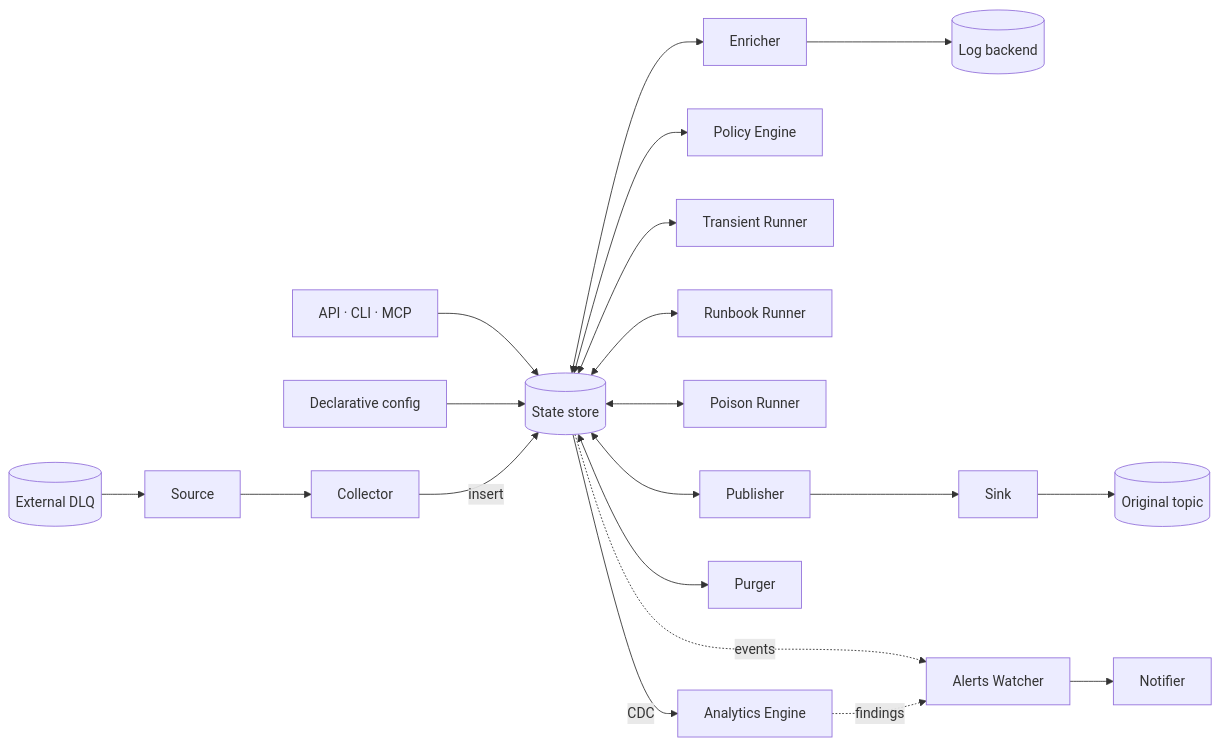
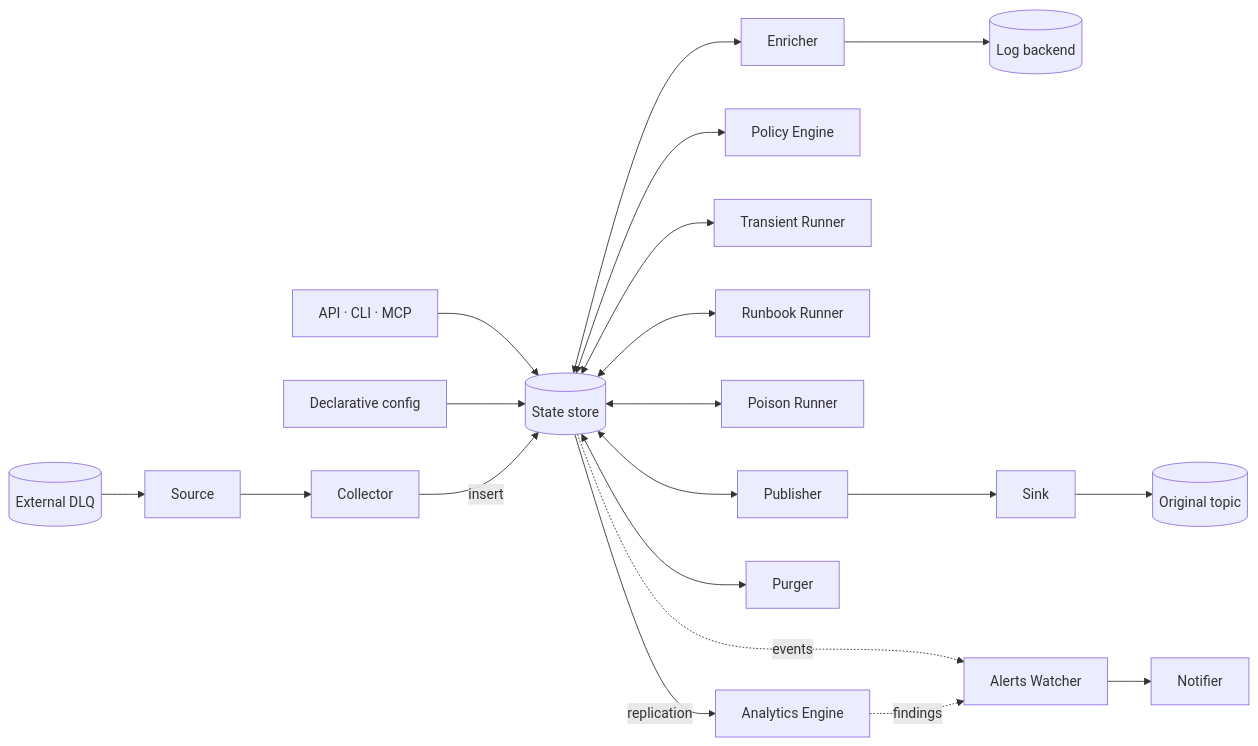
Before and after one commit to opendlq/OpenDLQ: the diagram in docs/architecture.md, drawn with Mermaid. The commit also changed other lines of this file and 2 other files, not shown here.

````diff
--- a/docs/architecture.md
+++ b/docs/architecture.md
@@ -19,22 +19,22 @@
 ```mermaid
 flowchart LR
     DLQ[(External DLQ)] --> Source
     Source --> Collector
     CLI[API · CLI · MCP] --> Store
     CFG[Declarative config] --> Store
     Collector -->|insert| Store[(State store)]
     Store <--> Enricher
     Enricher --> Logs[(Log backend)]
     Store <--> Policy[Policy Engine]
     Store <--> Transient[Transient Runner]
     Store <--> Runbook[Runbook Runner]
     Store <--> Poison[Poison Runner]
     Store <--> Publisher
     Store <--> Purger
     Publisher --> Sink
     Sink --> Topic[(Original topic)]
-    Store -->|CDC| Analytics[Analytics Engine]
+    Store -->|replication| Analytics[Analytics Engine]
     Store -. events .-> Alerts[Alerts Watcher]
     Analytics -. findings .-> Alerts
     Alerts --> Notifier
 ```
````
